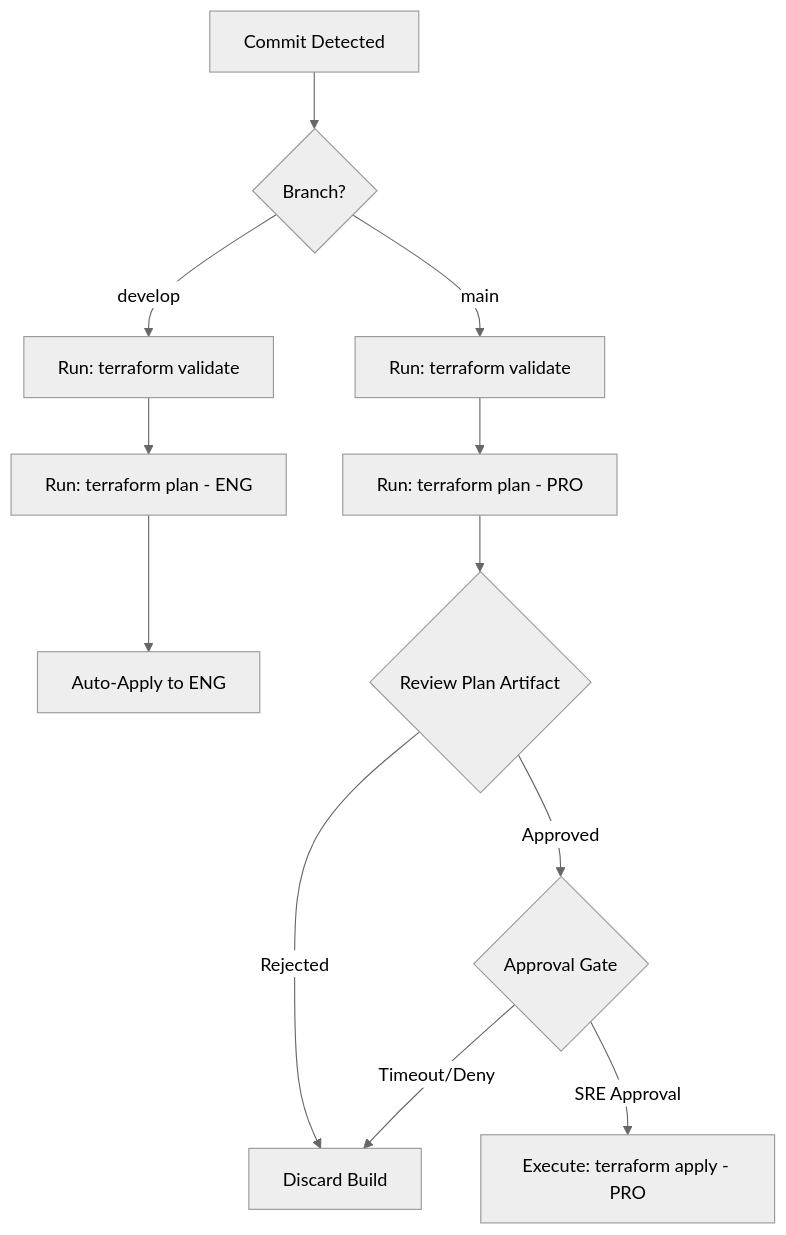
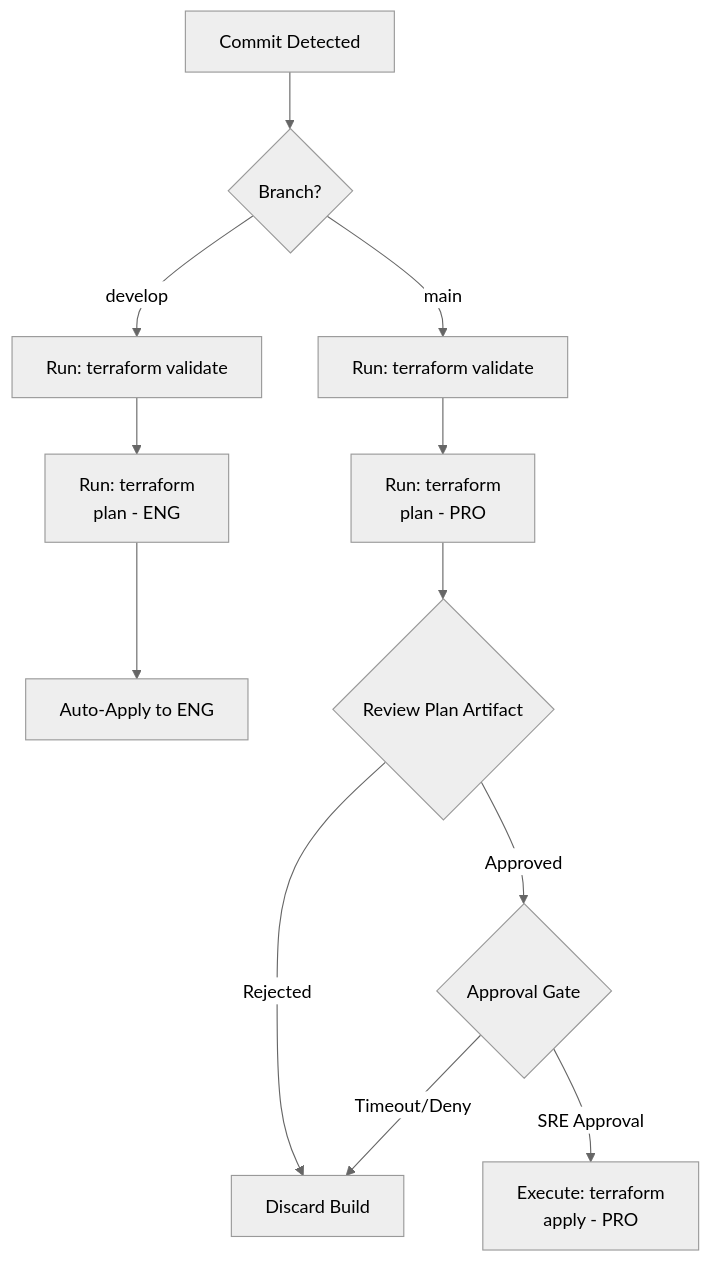
Before and after one commit to nubenetes/terraform-azure-devops-agentic: the third of 3 diagrams in docs/412-AZURE_DEVOPS_PIPELINE_SECURITY_AND_GOVERNANCE.md, drawn with Mermaid (neutral theme). The commit also changed other lines of this file and 23 other files, not shown here.

Commit message:
docs: establish automated Mermaid validator and eliminate text clipping repo-wide

````diff
--- a/docs/412-AZURE_DEVOPS_PIPELINE_SECURITY_AND_GOVERNANCE.md
+++ b/docs/412-AZURE_DEVOPS_PIPELINE_SECURITY_AND_GOVERNANCE.md
@@ -138,14 +138,14 @@
 ```mermaid
 graph TD
     START[Commit Detected] --> BRANCH{Branch?}
     BRANCH -- "develop" --> VALIDATE[Run: terraform validate]
-    VALIDATE --> PLAN_ENG[Run: terraform plan - ENG]
+    VALIDATE --> PLAN_ENG[Run: terraform<br/>plan - ENG]
     PLAN_ENG --> APPLY_ENG[Auto-Apply to ENG]
     BRANCH -- "main" --> VALIDATE_PRO[Run: terraform validate]
-    VALIDATE_PRO --> PLAN_PRO[Run: terraform plan - PRO]
+    VALIDATE_PRO --> PLAN_PRO[Run: terraform<br/>plan - PRO]
     PLAN_PRO --> REVIEW{Review Plan Artifact}
     REVIEW -- "Rejected" --> STOP[Discard Build]
     REVIEW -- "Approved" --> GATE{Approval Gate}
-    GATE -- "SRE Approval" --> APPLY_PRO[Execute: terraform apply - PRO]
+    GATE -- "SRE Approval" --> APPLY_PRO[Execute: terraform<br/>apply - PRO]
     GATE -- "Timeout/Deny" --> STOP
 ```
````
